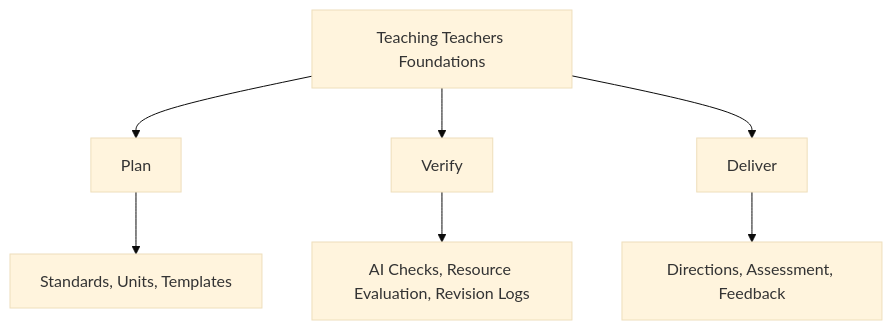
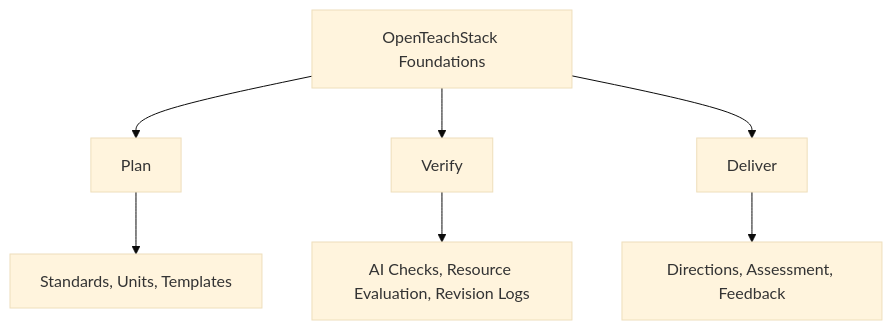
Before and after one commit to Gh0stlyKn1ght/OpenTeachStack: the diagram in content/lessons/what-teaching-teachers-is.mdx, drawn with Mermaid (base theme). The commit also changed other lines of this file and 528 other files, not shown here.

First line of the commit message:
Prepare OpenTeachStack release content and learner-facing guards

````diff
--- a/content/lessons/what-teaching-teachers-is.mdx
+++ b/content/lessons/what-teaching-teachers-is.mdx
@@ -54,9 +54,9 @@
 ```mermaid
 flowchart TD
-    A[Teaching Teachers Foundations] --> B[Plan]
+    A[OpenTeachStack Foundations] --> B[Plan]
     A --> C[Verify]
     A --> D[Deliver]
     B --> E[Standards, Units, Templates]
     C --> F[AI Checks, Resource Evaluation, Revision Logs]
     D --> G[Directions, Assessment, Feedback]
 ```
````
